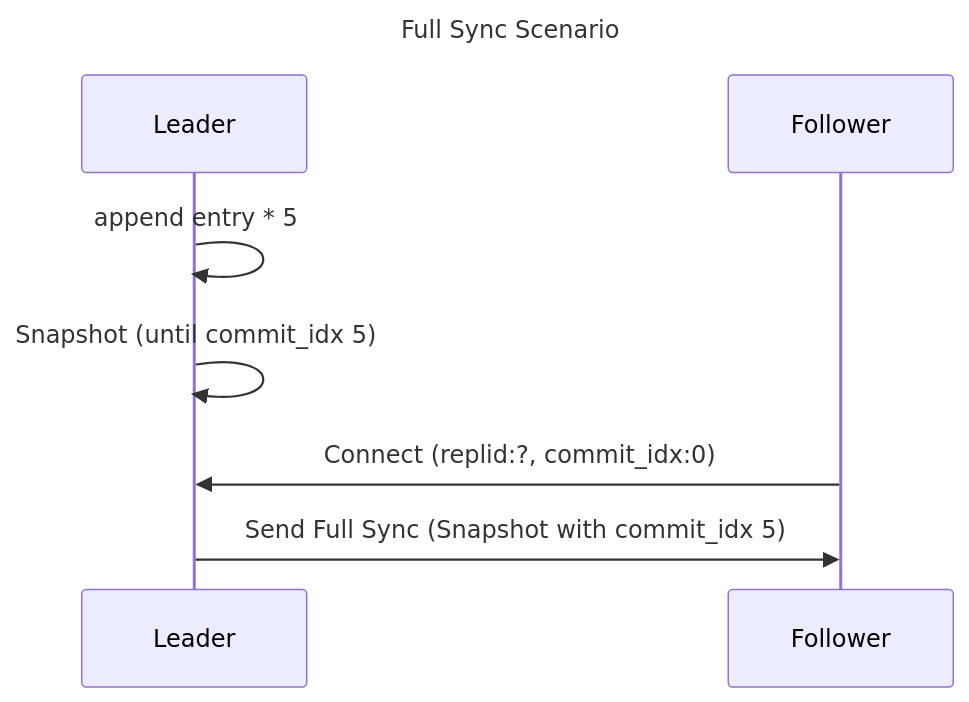
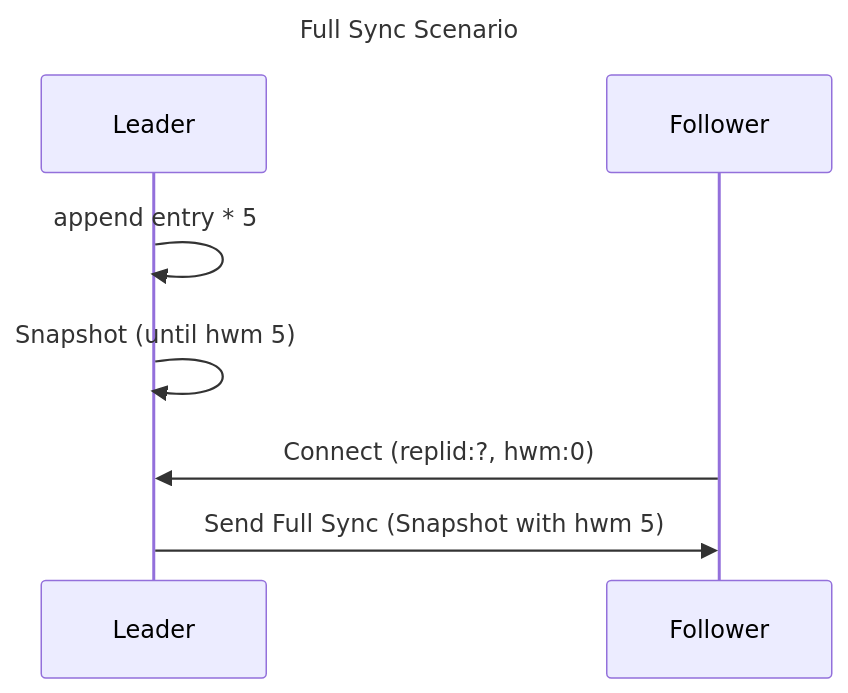
The diagram in diagrams/full_sync_scenario_snapshot.mmd (Migorithm/duva), drawn with Mermaid before and after one commit. The commit also changed 13 other files, not shown here.

Commit message:
rename: commit idx to high water mark

```diff
--- a/diagrams/full_sync_scenario_snapshot.mmd
+++ b/diagrams/full_sync_scenario_snapshot.mmd
@@ -1,10 +1,10 @@
 ---
 title: Full Sync Scenario
 ---
 sequenceDiagram
     participant L as Leader
     participant F as Follower
     L ->> L: append entry * 5
-    L ->> L: Snapshot (until commit_idx 5)
-    F ->> L: Connect (replid:?, commit_idx:0)
-    L ->> F: Send Full Sync (Snapshot with commit_idx 5)
+    L ->> L: Snapshot (until hwm 5)
+    F ->> L: Connect (replid:?, hwm:0)
+    L ->> F: Send Full Sync (Snapshot with hwm 5)
```
